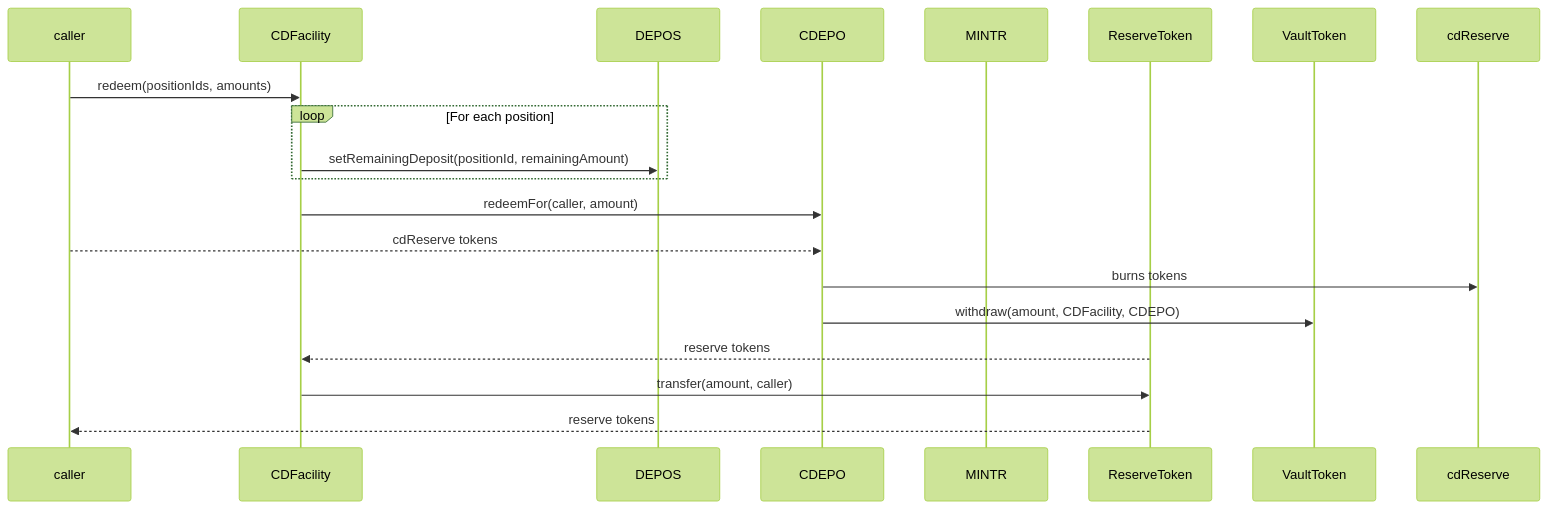
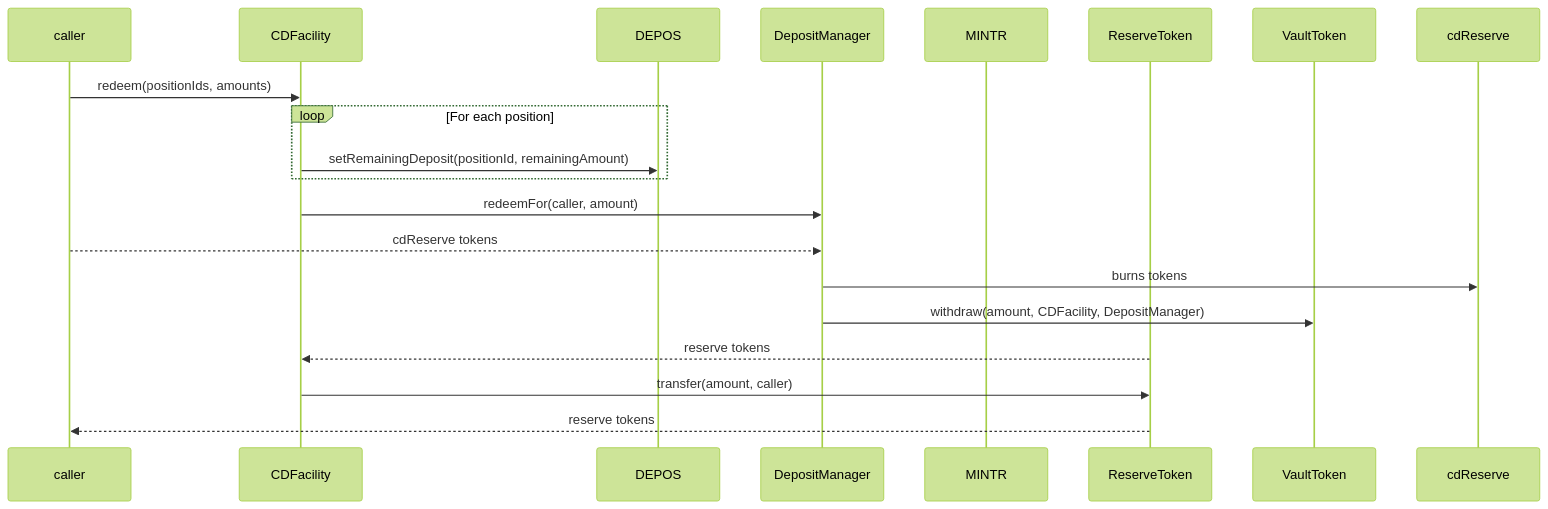
Before and after one commit to OlympusDAO/olympus-v3: the sixth of 7 diagrams in audit/2025-01_convertible-deposits/README.md, drawn with Mermaid (forest theme). The commit also changed other lines of this file and 26 other files, not shown here.

````diff
--- a/audit/2025-01_convertible-deposits/README.md
+++ b/audit/2025-01_convertible-deposits/README.md
@@ -348,23 +350,23 @@
 ```mermaid
 sequenceDiagram
     participant caller
     participant CDFacility
     participant DEPOS
-    participant CDEPO
+    participant DepositManager
     participant MINTR
     participant ReserveToken
     participant VaultToken
     participant cdReserve
 
     caller->>CDFacility: redeem(positionIds, amounts)
     loop For each position
         CDFacility->>DEPOS: setRemainingDeposit(positionId, remainingAmount)
     end
-    CDFacility->>CDEPO: redeemFor(caller, amount)
-    caller-->>CDEPO: cdReserve tokens
-    CDEPO->>cdReserve: burns tokens
-    CDEPO->>VaultToken: withdraw(amount, CDFacility, CDEPO)
+    CDFacility->>DepositManager: redeemFor(caller, amount)
+    caller-->>DepositManager: cdReserve tokens
+    DepositManager->>cdReserve: burns tokens
+    DepositManager->>VaultToken: withdraw(amount, CDFacility, DepositManager)
     ReserveToken-->>CDFacility: reserve tokens
     CDFacility->>ReserveToken: transfer(amount, caller)
     ReserveToken-->>caller: reserve tokens
 ```
````
